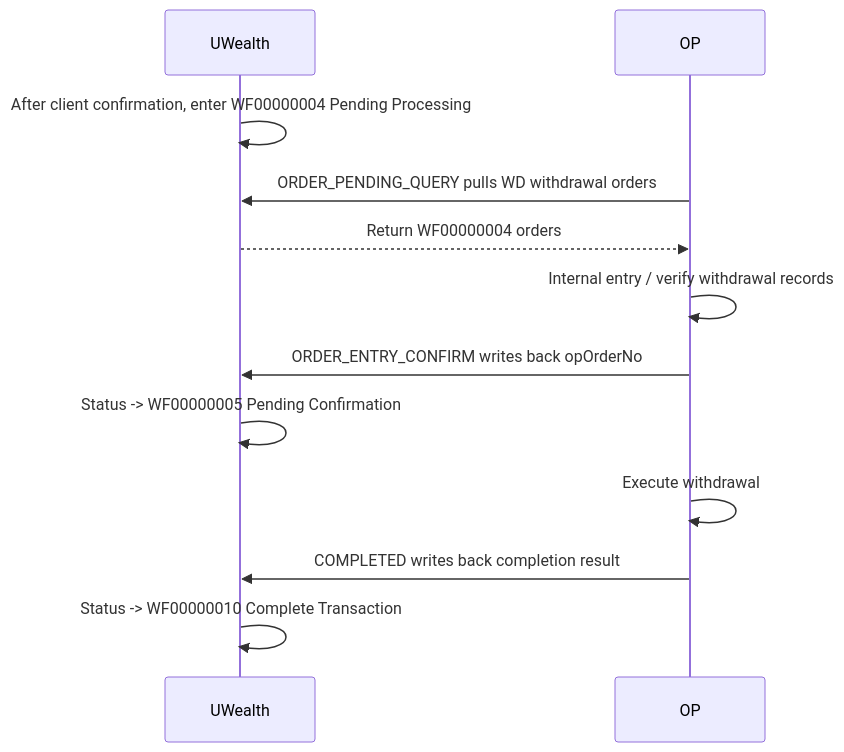
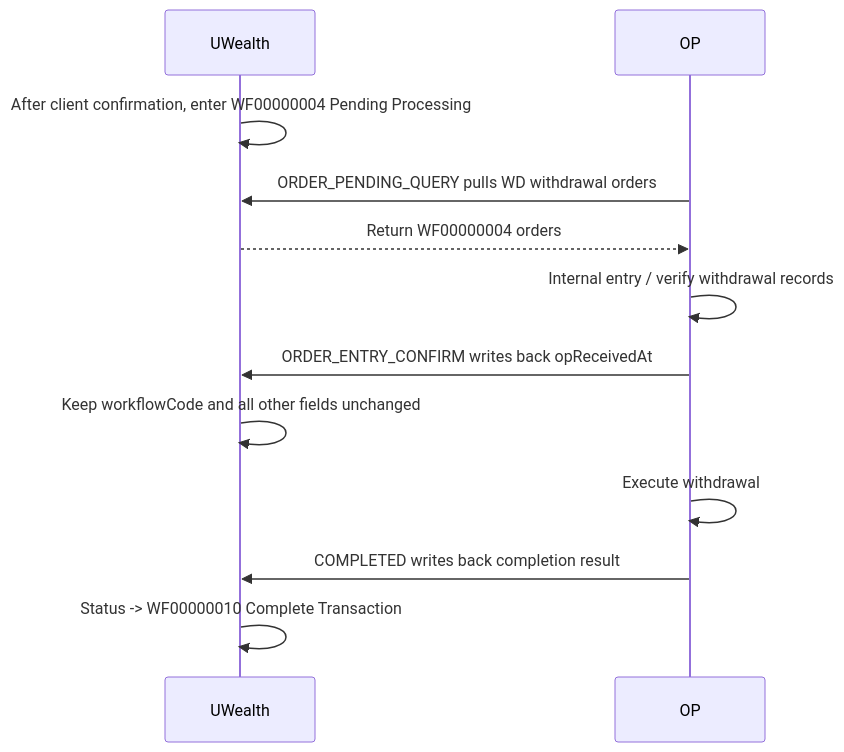
One commit to J-summit/uw2-- changed the third of 4 diagrams in op/UWealth_Unified_API_Demo_OP.md. Above: the diagram before and after it, drawn with Mermaid. The commit also changed other lines of this file, not shown here.

Commit message:
docs: update OP order flow diagrams

````diff
--- a/op/UWealth_Unified_API_Demo_OP.md
+++ b/op/UWealth_Unified_API_Demo_OP.md
@@ -81,15 +101,17 @@
 ```mermaid
+
 sequenceDiagram
     participant UW as UWealth
     participant OP as OP
 
     UW->>UW: After client confirmation, enter WF00000004 Pending Processing
     OP->>UW: ORDER_PENDING_QUERY pulls WD withdrawal orders
     UW-->>OP: Return WF00000004 orders
     OP->>OP: Internal entry / verify withdrawal records
-    OP->>UW: ORDER_ENTRY_CONFIRM writes back opOrderNo
-    UW->>UW: Status -> WF00000005 Pending Confirmation
+    OP->>UW: ORDER_ENTRY_CONFIRM writes back opReceivedAt
+    UW->>UW: Keep workflowCode and all other fields unchanged
     OP->>OP: Execute withdrawal
     OP->>UW: COMPLETED writes back completion result
     UW->>UW: Status -> WF00000010 Complete Transaction
+
 ```
````
